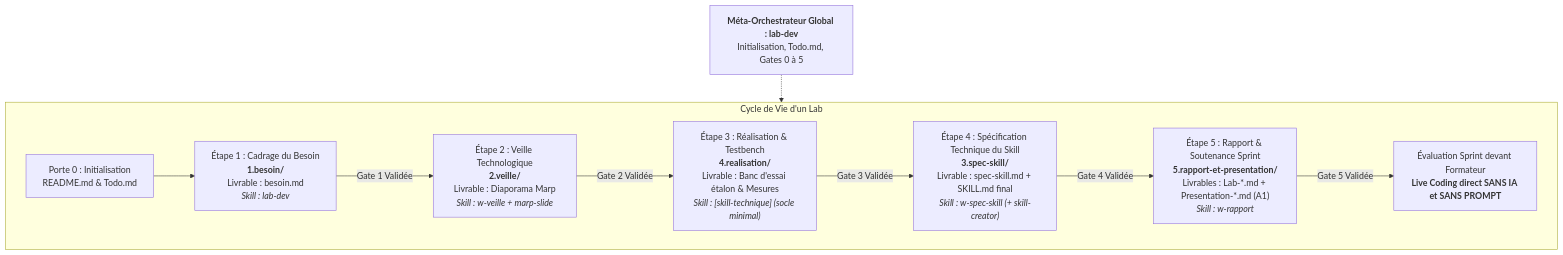
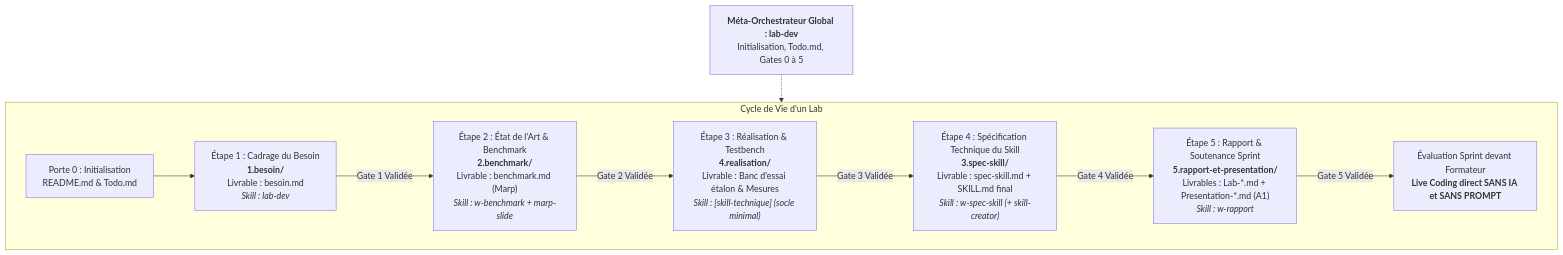
Before and after one commit to labs-agent-dev/lab-skills-framework: the diagram in docs/03-flux-de-travail-lab.md, drawn with Mermaid. The commit also changed other lines of this file and 10 other files, not shown here.

````diff
--- a/docs/03-flux-de-travail-lab.md
+++ b/docs/03-flux-de-travail-lab.md
@@ -11,13 +11,13 @@
 ```mermaid
 flowchart TD
     subgraph WFL["Cycle de Vie d'un Lab"]
         G0["Porte 0 : Initialisation<br/>README.md & Todo.md"] --> E1["Étape 1 : Cadrage du Besoin<br/><b>1.besoin/</b><br/>Livrable : besoin.md<br/><i>Skill : lab-dev</i>"]
-        E1 -->|Gate 1 Validée| E2["Étape 2 : Veille Technologique<br/><b>2.veille/</b><br/>Livrable : Diaporama Marp<br/><i>Skill : w-veille + marp-slide</i>"]
+        E1 -->|Gate 1 Validée| E2["Étape 2 : État de l'Art & Benchmark<br/><b>2.benchmark/</b><br/>Livrable : benchmark.md (Marp)<br/><i>Skill : w-benchmark + marp-slide</i>"]
         E2 -->|Gate 2 Validée| E3["Étape 3 : Réalisation & Testbench<br/><b>4.realisation/</b><br/>Livrable : Banc d'essai étalon & Mesures<br/><i>Skill : [skill-technique] (socle minimal)</i>"]
         E3 -->|Gate 3 Validée| E4["Étape 4 : Spécification Technique du Skill<br/><b>3.spec-skill/</b><br/>Livrable : spec-skill.md + SKILL.md final<br/><i>Skill : w-spec-skill (+ skill-creator)</i>"]
         E4 -->|Gate 4 Validée| E5["Étape 5 : Rapport & Soutenance Sprint<br/><b>5.rapport-et-presentation/</b><br/>Livrables : Lab-*.md + Presentation-*.md (A1)<br/><i>Skill : w-rapport</i>"]
         E5 -->|Gate 5 Validée| EVAL["Évaluation Sprint devant Formateur<br/><b>Live Coding direct SANS IA et SANS PROMPT</b>"]
     end
 
     ORCH["<b>Méta-Orchestrateur Global : lab-dev</b><br/>Initialisation, Todo.md, Gates 0 à 5"] -.-> WFL
 ```
````
